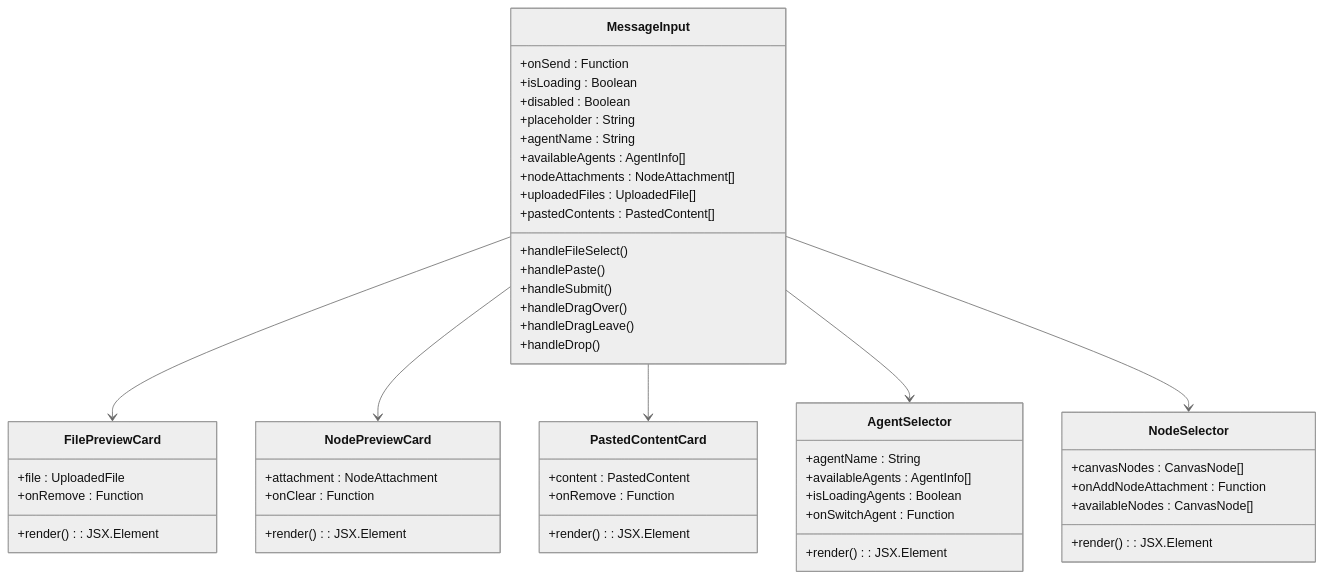
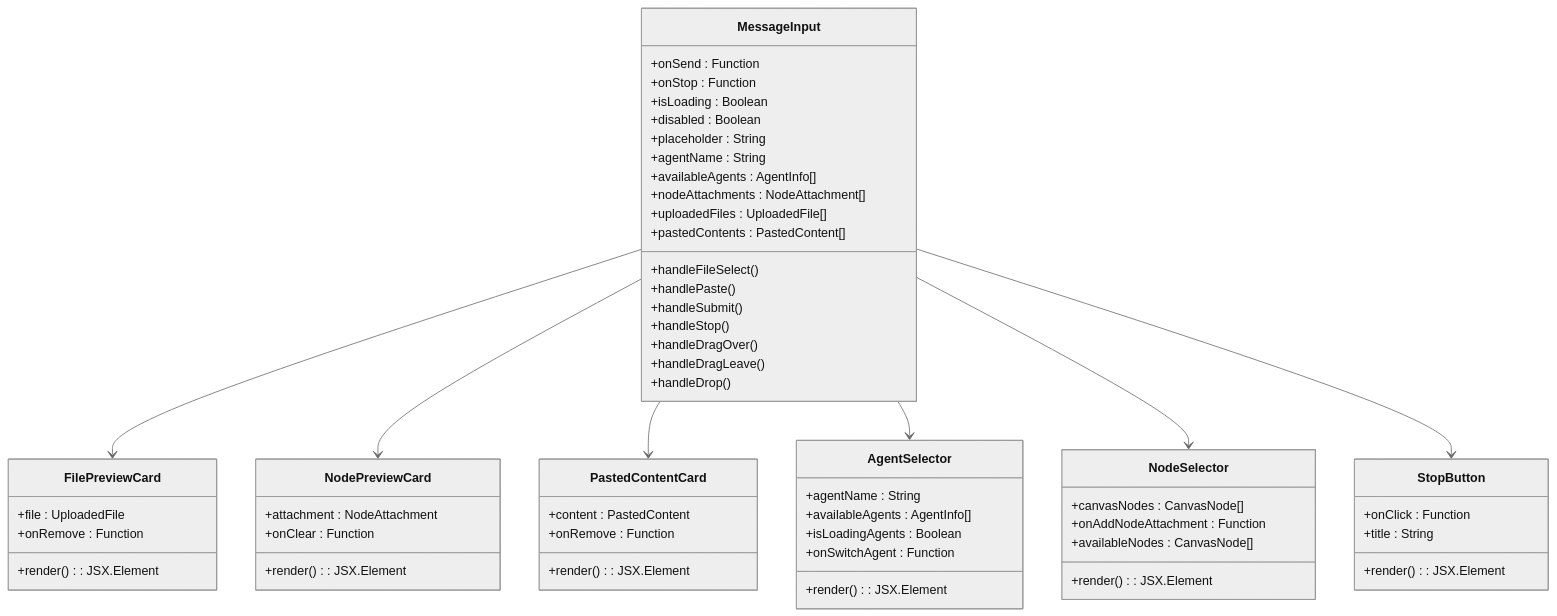
One commit to KunLabAI/KunFlix changed the second of 13 diagrams in .qoder/repowiki/zh/content/前端组件系统/AI助手组件/输入组件/增强的消息输入组件.md. Above: the diagram before and after it, drawn with Mermaid (neutral theme). The commit also changed other lines of this file and 15 other files, not shown here.

````diff
--- a/.qoder/repowiki/zh/content/前端组件系统/AI助手组件/输入组件/增强的消息输入组件.md
+++ b/.qoder/repowiki/zh/content/前端组件系统/AI助手组件/输入组件/增强的消息输入组件.md
@@ -92,53 +97,61 @@
 ```mermaid
 classDiagram
 class MessageInput {
 +onSend : Function
++onStop : Function
 +isLoading : Boolean
 +disabled : Boolean
 +placeholder : String
 +agentName : String
 +availableAgents : AgentInfo[]
 +nodeAttachments : NodeAttachment[]
 +uploadedFiles : UploadedFile[]
 +pastedContents : PastedContent[]
 +handleFileSelect()
 +handlePaste()
 +handleSubmit()
++handleStop()
 +handleDragOver()
 +handleDragLeave()
 +handleDrop()
 }
 class FilePreviewCard {
 +file : UploadedFile
 +onRemove : Function
 +render() : JSX.Element
 }
 class NodePreviewCard {
 +attachment : NodeAttachment
 +onClear : Function
 +render() : JSX.Element
 }
 class PastedContentCard {
 +content : PastedContent
 +onRemove : Function
 +render() : JSX.Element
 }
 class AgentSelector {
 +agentName : String
 +availableAgents : AgentInfo[]
 +isLoadingAgents : Boolean
 +onSwitchAgent : Function
 +render() : JSX.Element
 }
 class NodeSelector {
 +canvasNodes : CanvasNode[]
 +onAddNodeAttachment : Function
 +availableNodes : CanvasNode[]
 +render() : JSX.Element
 }
+class StopButton {
++onClick : Function
++title : String
++render() : JSX.Element
+}
 MessageInput --> FilePreviewCard
 MessageInput --> NodePreviewCard
 MessageInput --> PastedContentCard
 MessageInput --> AgentSelector
 MessageInput --> NodeSelector
+MessageInput --> StopButton
 ```
````
